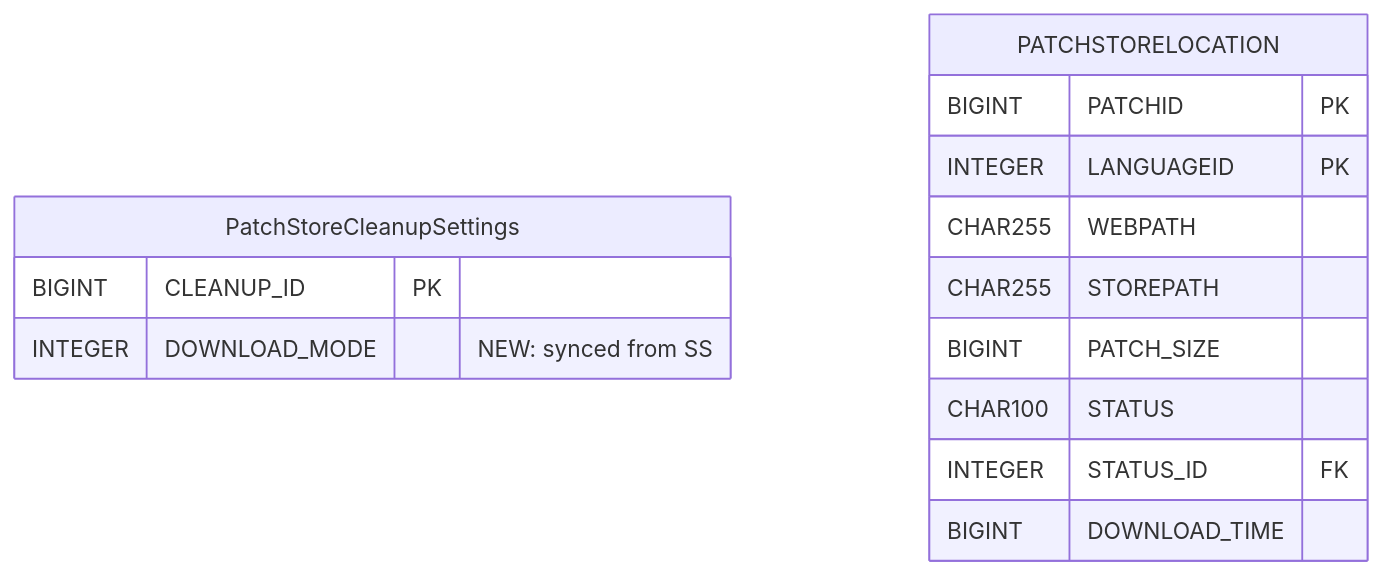
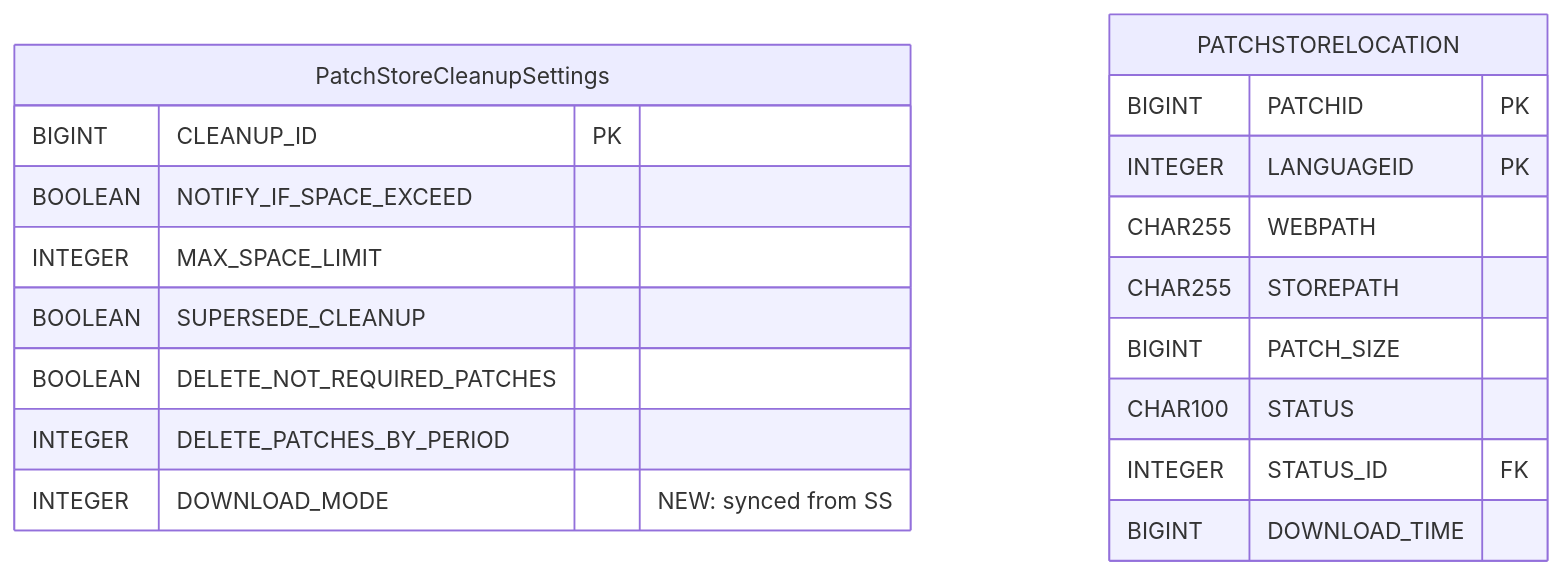
One commit to ranjithkumar-a-23525/RebaseEx changed the second of 2 diagrams in low-level-design-v3.md. Above: the diagram before and after it, drawn with Mermaid. The commit also changed other lines of this file, not shown here.

````diff
--- a/low-level-design-v3.md
+++ b/low-level-design-v3.md
@@ -123,24 +125,29 @@
 ```mermaid
 erDiagram
     %% ── MODIFIED TABLE ─────────────────────────────────────
     PatchStoreCleanupSettings {
         BIGINT CLEANUP_ID PK
+        BOOLEAN NOTIFY_IF_SPACE_EXCEED
+        INTEGER MAX_SPACE_LIMIT
+        BOOLEAN SUPERSEDE_CLEANUP
+        BOOLEAN DELETE_NOT_REQUIRED_PATCHES
+        INTEGER DELETE_PATCHES_BY_PERIOD
         INTEGER DOWNLOAD_MODE "NEW: synced from SS"
     }
 
     %% ── EXISTING TABLE (unchanged schema) ──────────────────
     PATCHSTORELOCATION {
         BIGINT PATCHID PK
         INTEGER LANGUAGEID PK
         CHAR255 WEBPATH
         CHAR255 STOREPATH
         BIGINT PATCH_SIZE
         CHAR100 STATUS
         INTEGER STATUS_ID FK
         BIGINT DOWNLOAD_TIME
     }
 
     %% No CollectionPendingPatches table.
     %% Pending state is in-memory in PatchDownloadListener maps.
     %% Rebuilt from collection definition on Probe restart (§9.5).
 ```
````
